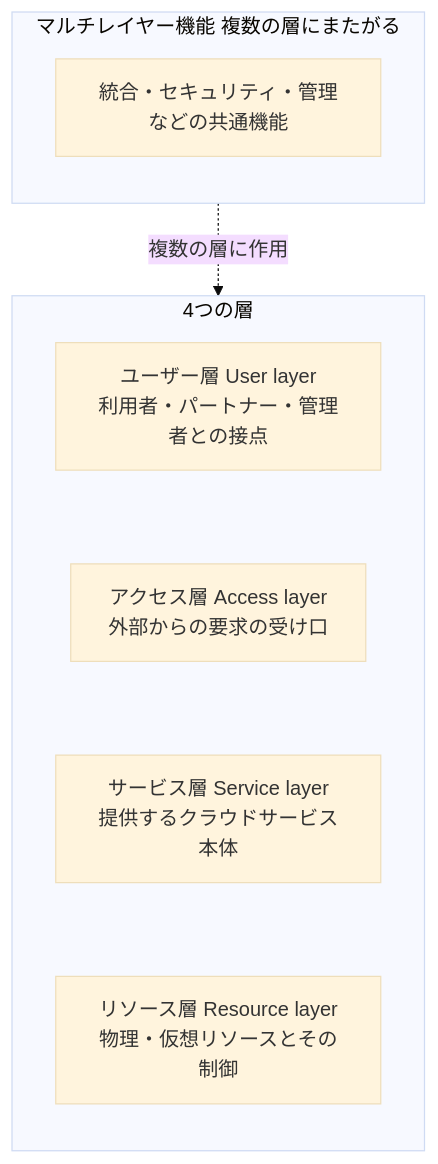
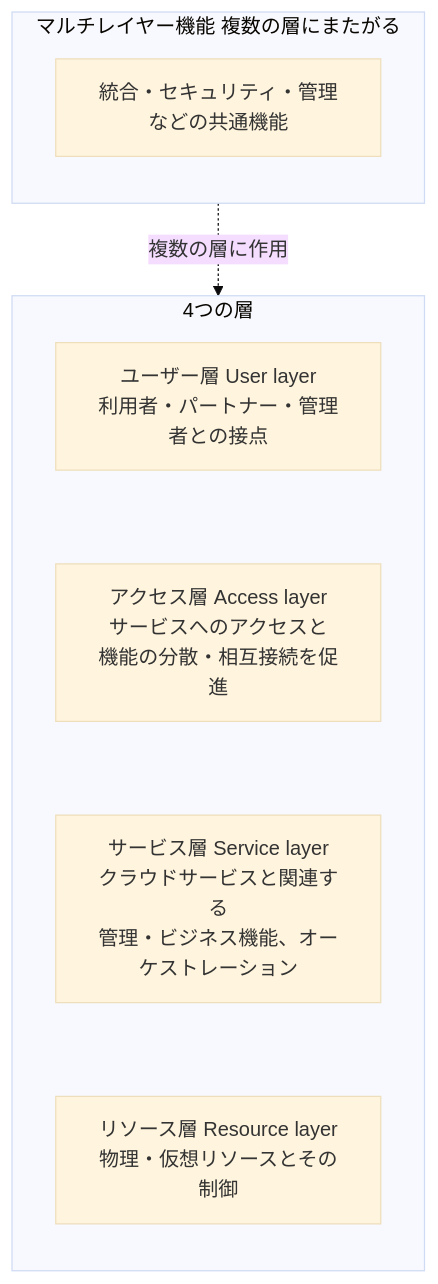
One commit to myoshi2891/Cloud-Infrastructure-and-Network-Studies changed the ninth of 20 diagrams in Iso-iec-22123-3-2023-guide.md. Above: the diagram before and after it, drawn with Mermaid (base theme). The commit also changed other lines of this file and 2 other files, not shown here.

Commit message:
docs(iso22123): align terminology with ISO standard definitions across parts 1 to 3

````diff
--- a/Iso-iec-22123-3-2023-guide.md
+++ b/Iso-iec-22123-3-2023-guide.md
@@ -374,18 +374,18 @@
 ```mermaid
 flowchart TB
     subgraph MULTI["マルチレイヤー機能 複数の層にまたがる"]
         direction TB
         M1["統合・セキュリティ・管理などの共通機能"]
     end
 
     subgraph LAYERS["4つの層"]
         direction TB
         UL["ユーザー層 User layer<br/>利用者・パートナー・管理者との接点"]
-        AL["アクセス層 Access layer<br/>外部からの要求の受け口"]
-        SL["サービス層 Service layer<br/>提供するクラウドサービス本体"]
+        AL["アクセス層 Access layer<br/>サービスへのアクセスと<br/>機能の分散・相互接続を促進"]
+        SL["サービス層 Service layer<br/>クラウドサービスと関連する<br/>管理・ビジネス機能、オーケストレーション"]
         RL["リソース層 Resource layer<br/>物理・仮想リソースとその制御"]
         UL ~~~ AL ~~~ SL ~~~ RL
     end
 
     MULTI -.->|複数の層に作用| LAYERS
 ```
````
